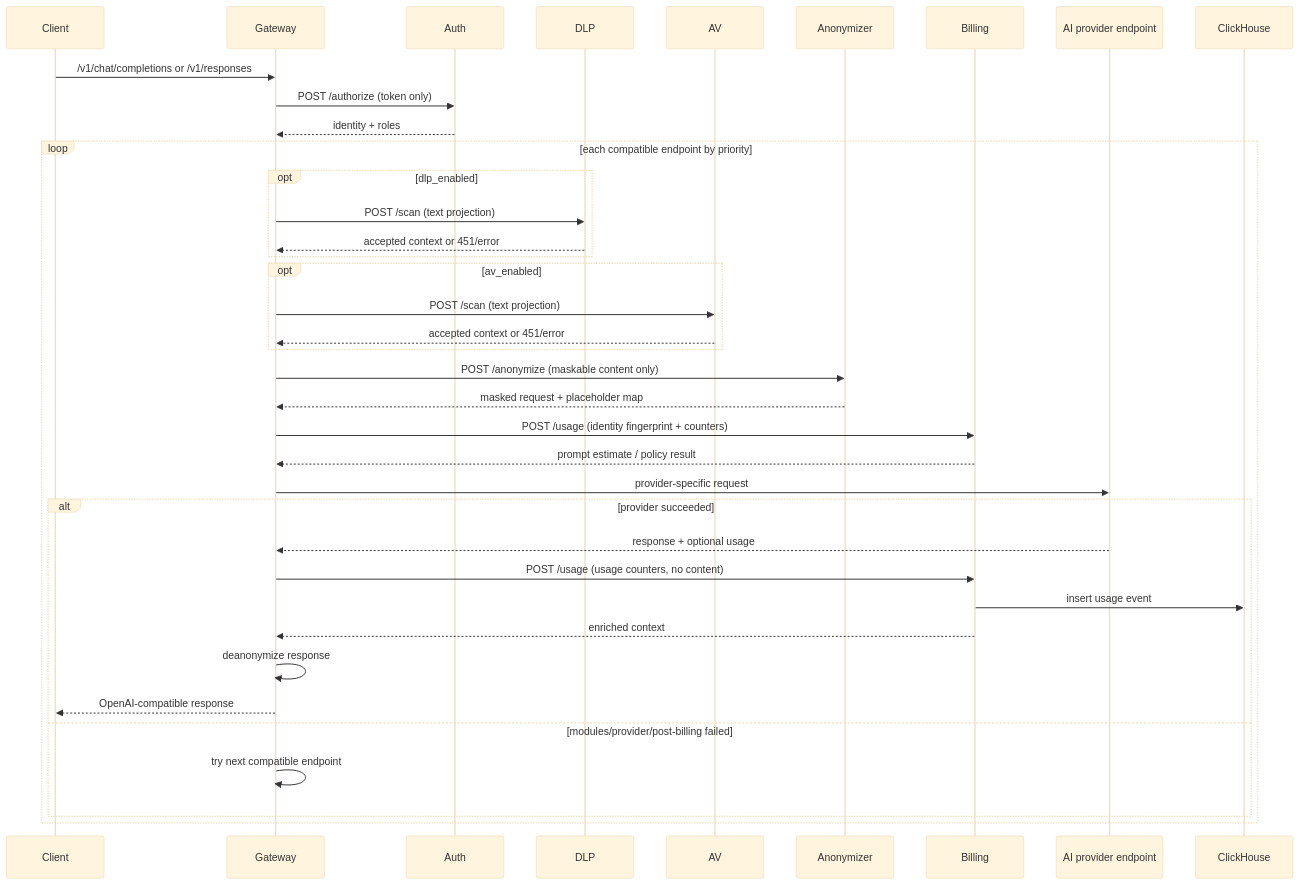
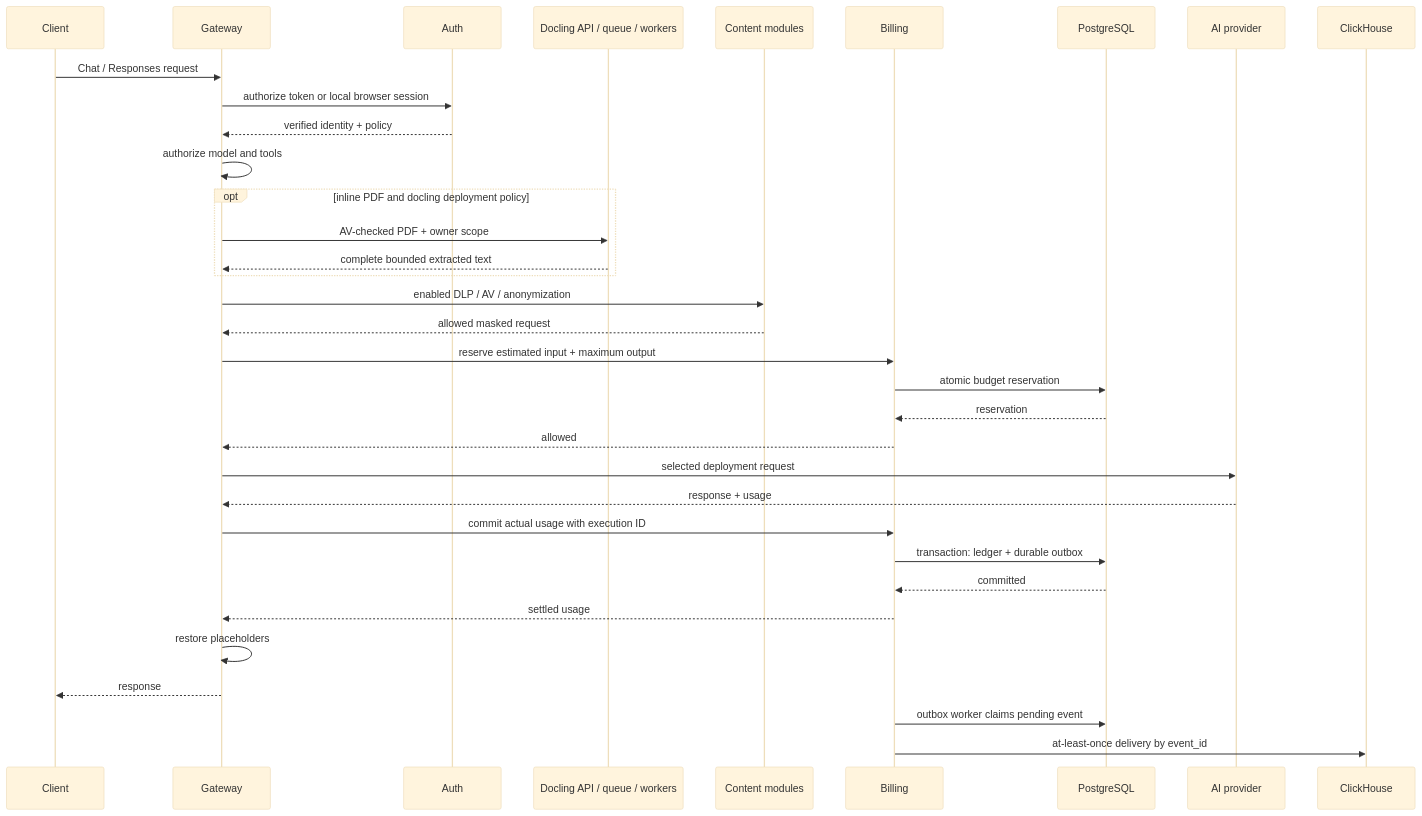
One commit to NEODjazz/ai-gateway changed the second of 4 diagrams in docs/architecture.md. Above: the diagram before and after it, drawn with Mermaid (base theme). The commit also changed other lines of this file and 21 other files, not shown here.

Commit message:
Document current API, identity, UI and processing architecture

````diff
--- a/docs/architecture.md
+++ b/docs/architecture.md
@@ -71,41 +84,37 @@
 ```mermaid
 sequenceDiagram
     participant C as Client
     participant G as Gateway
     participant A as Auth
-    participant D as DLP
-    participant V as AV
-    participant N as Anonymizer
+    participant DOC as Docling API / queue / workers
+    participant D as Content modules
     participant B as Billing
-    participant P as AI provider endpoint
+    participant PG as PostgreSQL
+    participant P as AI provider
     participant CH as ClickHouse
 
-    C->>G: /v1/chat/completions or /v1/responses
-    G->>A: POST /authorize (token only)
-    A-->>G: identity + roles
-    loop each compatible endpoint by priority
-        opt dlp_enabled
-            G->>D: POST /scan (text projection)
-            D-->>G: accepted context or 451/error
-        end
-        opt av_enabled
-            G->>V: POST /scan (text projection)
-            V-->>G: accepted context or 451/error
-        end
-        G->>N: POST /anonymize (maskable content only)
-        N-->>G: masked request + placeholder map
-        G->>B: POST /usage (identity fingerprint + counters)
-        B-->>G: prompt estimate / policy result
-        G->>P: provider-specific request
-        alt provider succeeded
-            P-->>G: response + optional usage
-            G->>B: POST /usage (usage counters, no content)
-            B->>CH: insert usage event
-            B-->>G: enriched context
-            G->>G: deanonymize response
-            G-->>C: OpenAI-compatible response
-        else modules/provider/post-billing failed
-            G->>G: try next compatible endpoint
-        end
+    C->>G: Chat / Responses request
+    G->>A: authorize token or local browser session
+    A-->>G: verified identity + policy
+    G->>G: authorize model and tools
+    opt inline PDF and docling deployment policy
+        G->>DOC: AV-checked PDF + owner scope
+        DOC-->>G: complete bounded extracted text
     end
+    G->>D: enabled DLP / AV / anonymization
+    D-->>G: allowed masked request
+    G->>B: reserve estimated input + maximum output
+    B->>PG: atomic budget reservation
+    PG-->>B: reservation
+    B-->>G: allowed
+    G->>P: selected deployment request
+    P-->>G: response + usage
+    G->>B: commit actual usage with execution ID
+    B->>PG: transaction: ledger + durable outbox
+    PG-->>B: committed
+    B-->>G: settled usage
+    G->>G: restore placeholders
+    G-->>C: response
+    B->>PG: outbox worker claims pending event
+    B->>CH: at-least-once delivery by event_id
 ```
````
